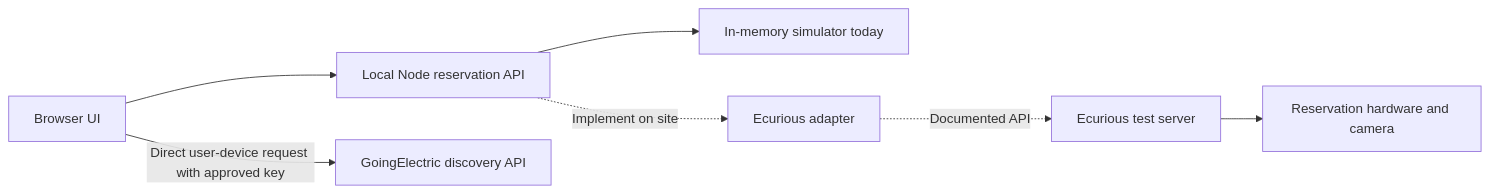
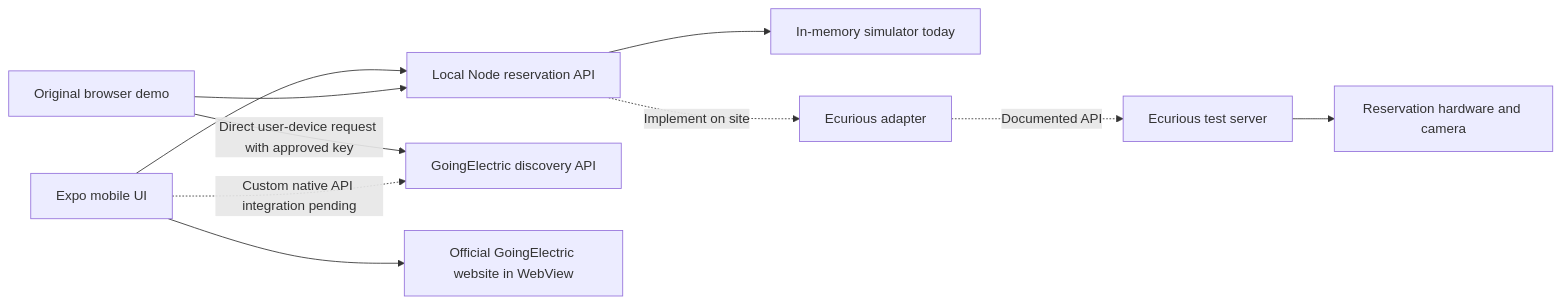
Before and after one commit to BorisPetreski/Ecurious-Challenge: the diagram in docs/INTEGRATION.md, drawn with Mermaid. The commit also changed other lines of this file and 64 other files, not shown here.

````diff
--- a/docs/INTEGRATION.md
+++ b/docs/INTEGRATION.md
@@ -7,9 +7,12 @@
 ```mermaid
 flowchart LR
-  Driver[Browser UI] --> Local[Local Node reservation API]
+  Driver[Expo mobile UI] --> Local[Local Node reservation API]
+  Browser[Original browser demo] --> Local
   Local --> Sim[In-memory simulator today]
   Local -. Implement on site .-> Adapter[Ecurious adapter]
   Adapter -. Documented API .-> Server[Ecurious test server]
   Server --> Bay[Reservation hardware and camera]
-  Driver -->|Direct user-device request with approved key| GE[GoingElectric discovery API]
+  Browser -->|Direct user-device request with approved key| GE[GoingElectric discovery API]
+  Driver --> WebMap[Official GoingElectric website in WebView]
+  Driver -. Custom native API integration pending .-> GE
 ```
````
